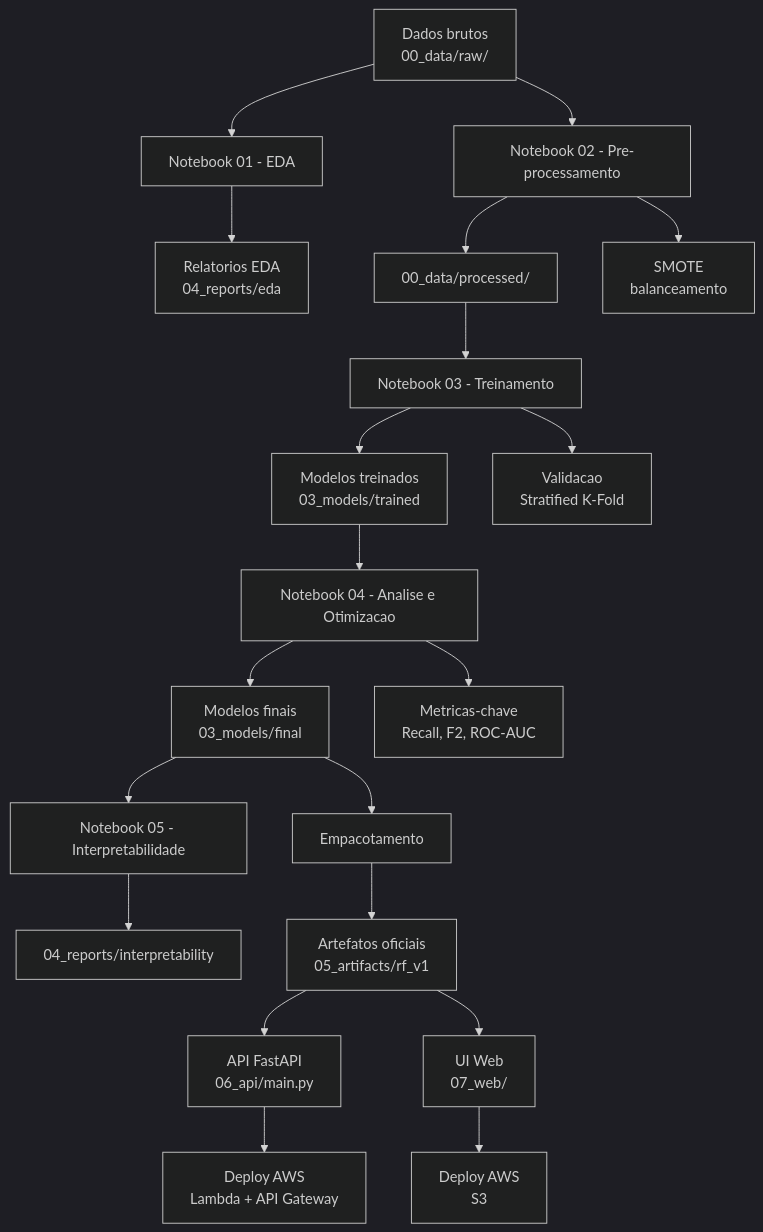
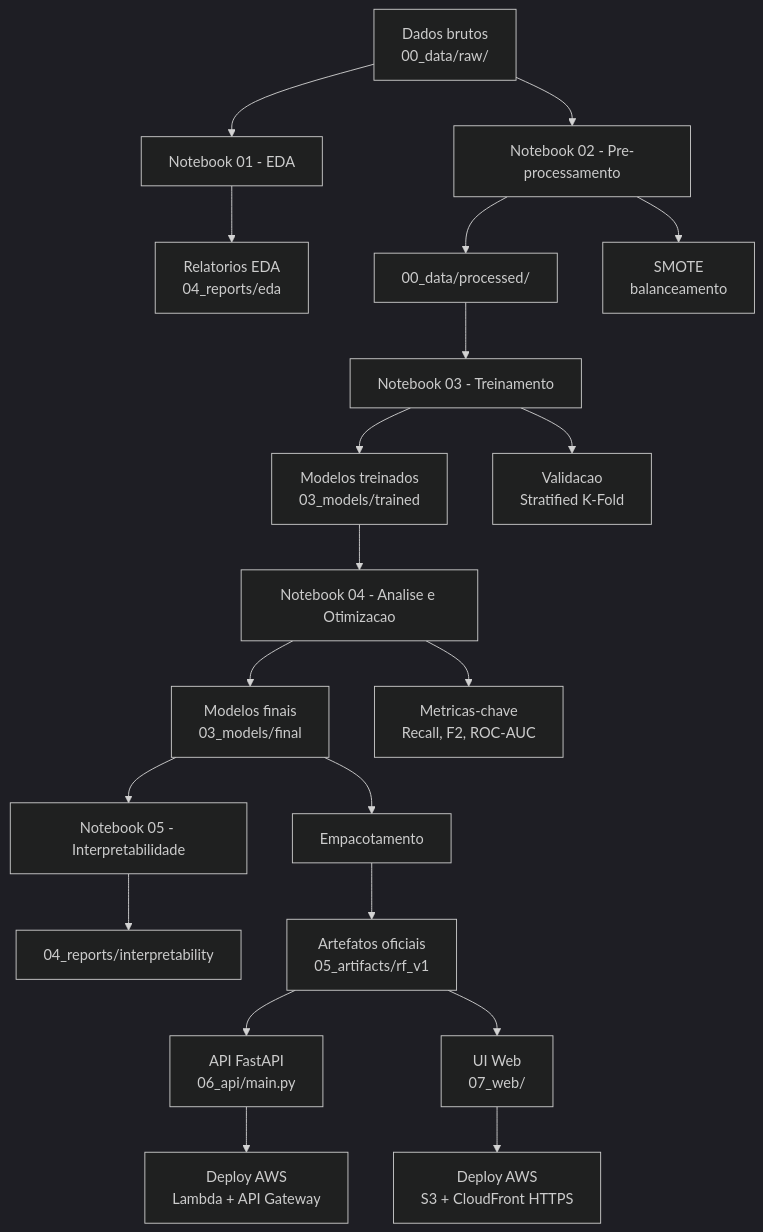
Before and after one commit to anderson-ferreira-83/Hyperten_ML: the diagram in README.md, drawn with Mermaid (dark theme). The commit also changed other lines of this file and 2 other files, not shown here.

````diff
--- a/README.md
+++ b/README.md
@@ -272,27 +273,27 @@
 ```mermaid
 flowchart TB
   A[Dados brutos<br/>00_data/raw/] --> B[Notebook 01 - EDA]
   B --> R1[Relatorios EDA<br/>04_reports/eda]
   A --> C[Notebook 02 - Pre-processamento]
   C --> D[00_data/processed/]
   C --> O[SMOTE<br/>balanceamento]
 
   D --> E[Notebook 03 - Treinamento]
   E --> M1[Modelos treinados<br/>03_models/trained]
   E --> P[Validacao<br/>Stratified K-Fold]
 
   M1 --> F[Notebook 04 - Analise e Otimizacao]
   F --> M2[Modelos finais<br/>03_models/final]
   F --> Q[Metricas-chave<br/>Recall, F2, ROC-AUC]
 
   M2 --> G[Notebook 05 - Interpretabilidade]
   G --> R8[04_reports/interpretability]
 
   M2 --> H[Empacotamento]
   H --> I[Artefatos oficiais<br/>05_artifacts/rf_v1]
 
   I --> J[API FastAPI<br/>06_api/main.py]
   I --> K[UI Web<br/>07_web/]
   J --> L[Deploy AWS<br/>Lambda + API Gateway]
-  K --> N[Deploy AWS<br/>S3]
+  K --> N[Deploy AWS<br/>S3 + CloudFront HTTPS]
 ```
````
